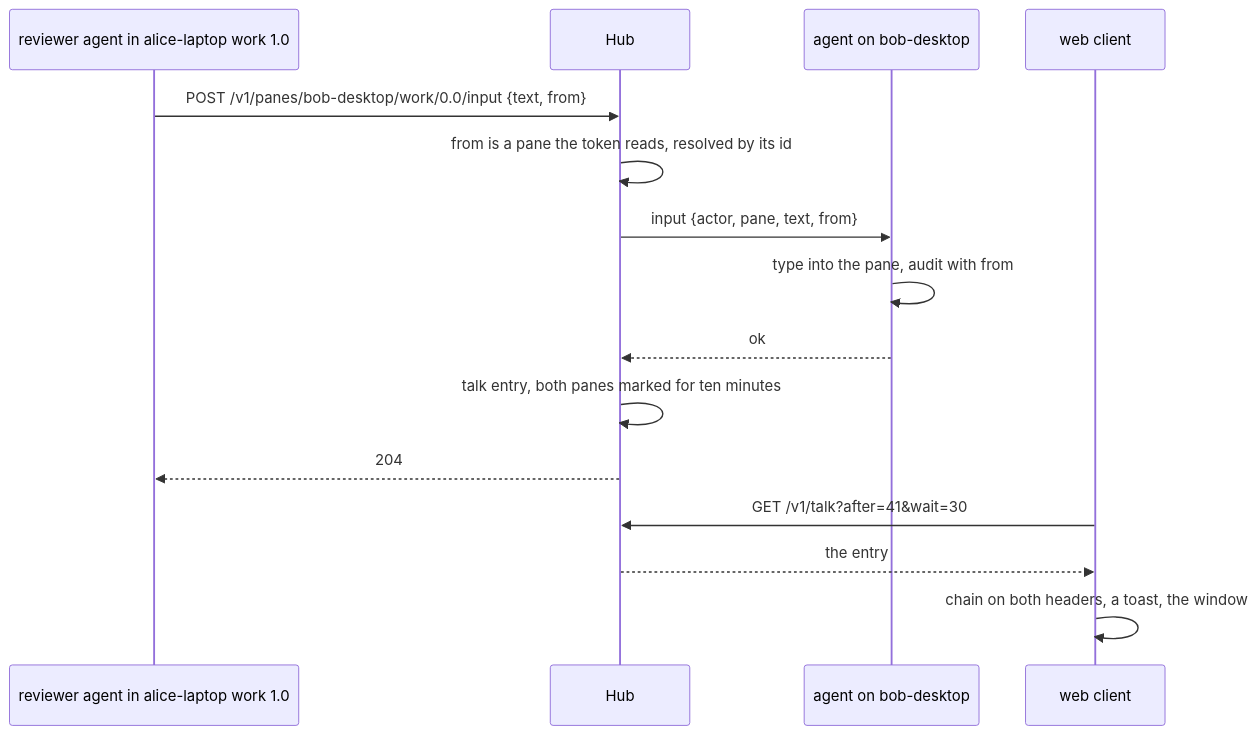
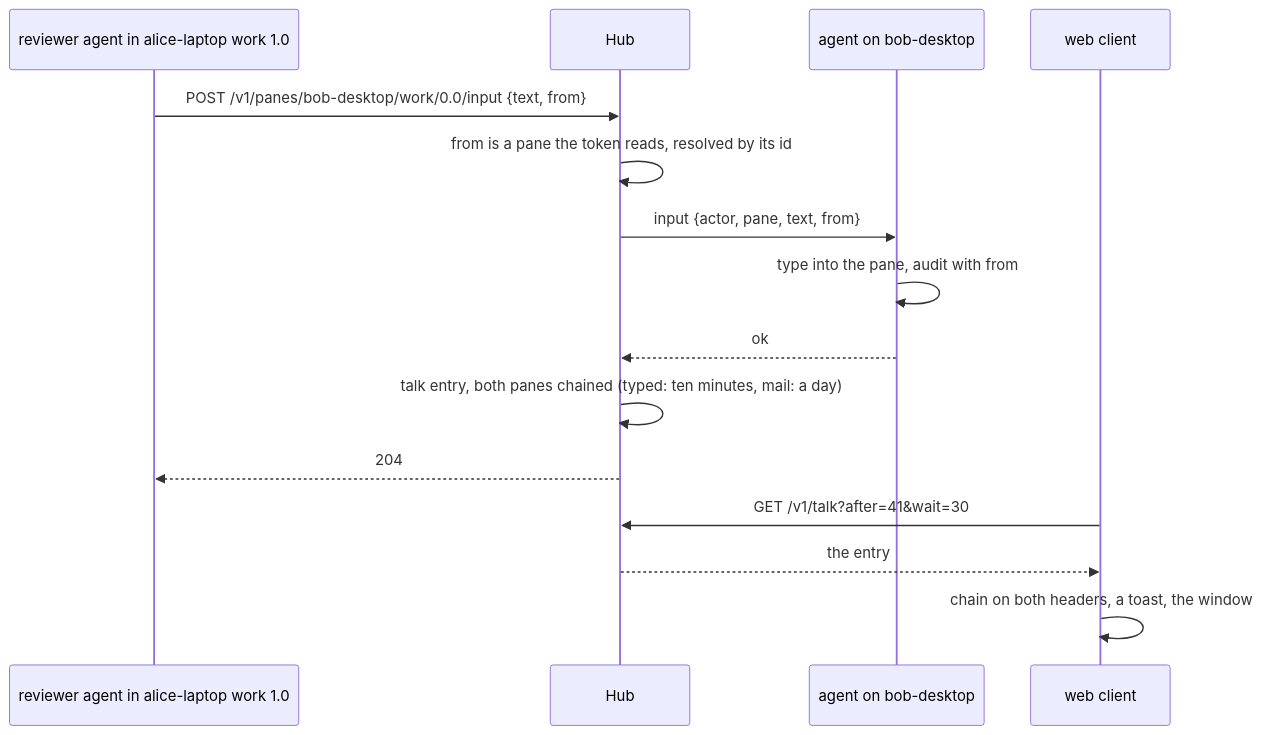
The diagram in docs/features/talk.md (notmarkopadjen/muxway), drawn with Mermaid before and after one commit. The commit also changed other lines of this file and 6 other files, not shown here.

Commit message:
Docs: the later mark on the pane, mail and the talk feed on disk, and a chain of mail that lasts a day

````diff
--- a/docs/features/talk.md
+++ b/docs/features/talk.md
@@ -14,17 +14,17 @@
 ```mermaid
 sequenceDiagram
     participant R as reviewer agent in alice-laptop work 1.0
     participant H as Hub
     participant A as agent on bob-desktop
     participant W as web client
     R->>H: POST /v1/panes/bob-desktop/work/0.0/input {text, from}
     H->>H: from is a pane the token reads, resolved by its id
     H->>A: input {actor, pane, text, from}
     A->>A: type into the pane, audit with from
     A-->>H: ok
-    H->>H: talk entry, both panes marked for ten minutes
+    H->>H: talk entry, both panes chained (typed: ten minutes, mail: a day)
     H-->>R: 204
     W->>H: GET /v1/talk?after=41&wait=30
     H-->>W: the entry
     W->>W: chain on both headers, a toast, the window
 ```
````
